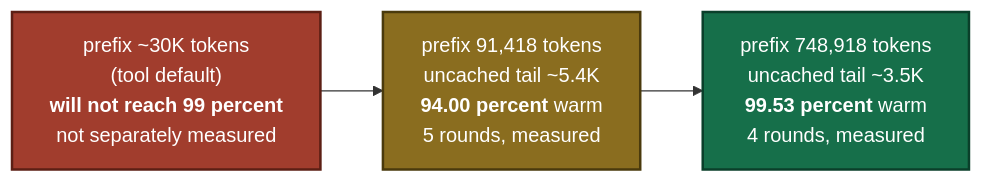
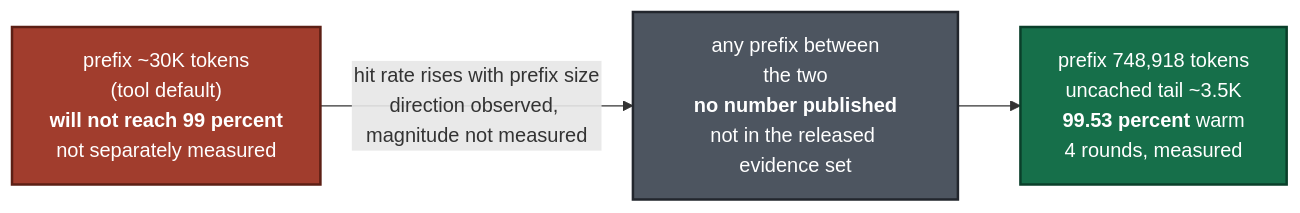
The second of 3 diagrams in docs/diagrams/cache-lifecycle.md (shark0120/yangble5), drawn with Mermaid before and after one commit. The commit also changed other lines of this file and 45 other files, not shown here.

````diff
--- a/docs/diagrams/cache-lifecycle.md
+++ b/docs/diagrams/cache-lifecycle.md
@@ -92,16 +92,16 @@
 ```mermaid
 flowchart LR
     P30["prefix ~30K tokens<br/>(tool default)<br/><b>will not reach 99 percent</b><br/>not separately measured"]
-    P91["prefix 91,418 tokens<br/>uncached tail ~5.4K<br/><b>94.00 percent</b> warm<br/>5 rounds, measured"]
+    PMID["any prefix between<br/>the two<br/><b>no number published</b><br/>not in the released evidence set"]
     P749["prefix 748,918 tokens<br/>uncached tail ~3.5K<br/><b>99.53 percent</b> warm<br/>4 rounds, measured"]
 
-    P30 --> P91 --> P749
+    P30 -->|"hit rate rises with prefix size<br/>direction observed, magnitude not measured"| PMID --> P749
 
     classDef weak fill:#a13d2d,stroke:#5c1f14,stroke-width:2px,color:#ffffff
-    classDef mid fill:#8a6d1f,stroke:#4a3a0c,stroke-width:2px,color:#ffffff
+    classDef mid fill:#4d5560,stroke:#22262d,stroke-width:2px,color:#ffffff
     classDef strong fill:#166f4a,stroke:#0a3f2a,stroke-width:2px,color:#ffffff
 
     class P30 weak
-    class P91 mid
+    class PMID mid
     class P749 strong
 ```
````
